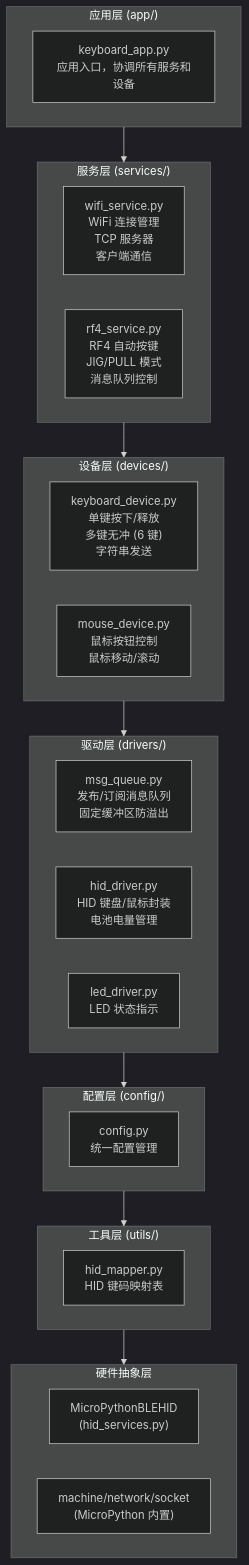
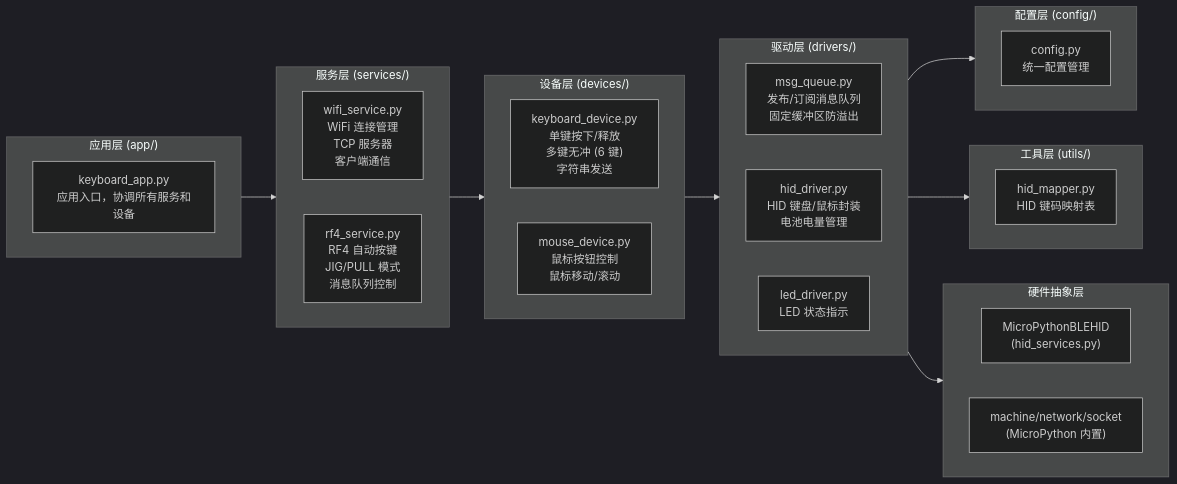
The first of 5 diagrams in docs/design/README.md (Ts-sound/esp32-python-keyboard), drawn with Mermaid (dark theme) before and after one commit.

Commit message:
docs: 架构文档使用 TD 布局，子图使用 LR 布局
- 整体 flowchart TD 垂直分层
- 每个 subgraph 内 direction LR 水平排列模块

````diff
--- a/docs/design/README.md
+++ b/docs/design/README.md
@@ -9,49 +9,49 @@
 ```mermaid
-flowchart TD
+flowchart LR
     subgraph App["应用层 (app/)"]
         direction LR
         KA["keyboard_app.py<br/>应用入口，协调所有服务和设备"]
     end
     
     subgraph Services["服务层 (services/)"]
         direction LR
         WS["wifi_service.py<br/>WiFi 连接管理<br/>TCP 服务器<br/>客户端通信"]
         RS["rf4_service.py<br/>RF4 自动按键<br/>JIG/PULL 模式<br/>消息队列控制"]
     end
     
     subgraph Devices["设备层 (devices/)"]
         direction LR
         KD["keyboard_device.py<br/>单键按下/释放<br/>多键无冲 (6 键)<br/>字符串发送"]
         MD["mouse_device.py<br/>鼠标按钮控制<br/>鼠标移动/滚动"]
     end
     
     subgraph Drivers["驱动层 (drivers/)"]
         direction LR
         MQ["msg_queue.py<br/>发布/订阅消息队列<br/>固定缓冲区防溢出"]
         HD["hid_driver.py<br/>HID 键盘/鼠标封装<br/>电池电量管理"]
         LD["led_driver.py<br/>LED 状态指示"]
     end
     
     subgraph Config["配置层 (config/)"]
         direction LR
         CFG["config.py<br/>统一配置管理"]
     end
     
     subgraph Utils["工具层 (utils/)"]
         direction LR
         HM["hid_mapper.py<br/>HID 键码映射表"]
     end
     
     subgraph Hardware["硬件抽象层"]
         direction LR
         MPH["MicroPythonBLEHID<br/>(hid_services.py)"]
         NATIVE["machine/network/socket<br/>(MicroPython 内置)"]
     end
     
     App --> Services
     Services --> Devices
     Devices --> Drivers
     Drivers --> Config
-    Config --> Utils
-    Utils --> Hardware
+    Drivers --> Utils
+    Drivers --> Hardware
 ```
````
